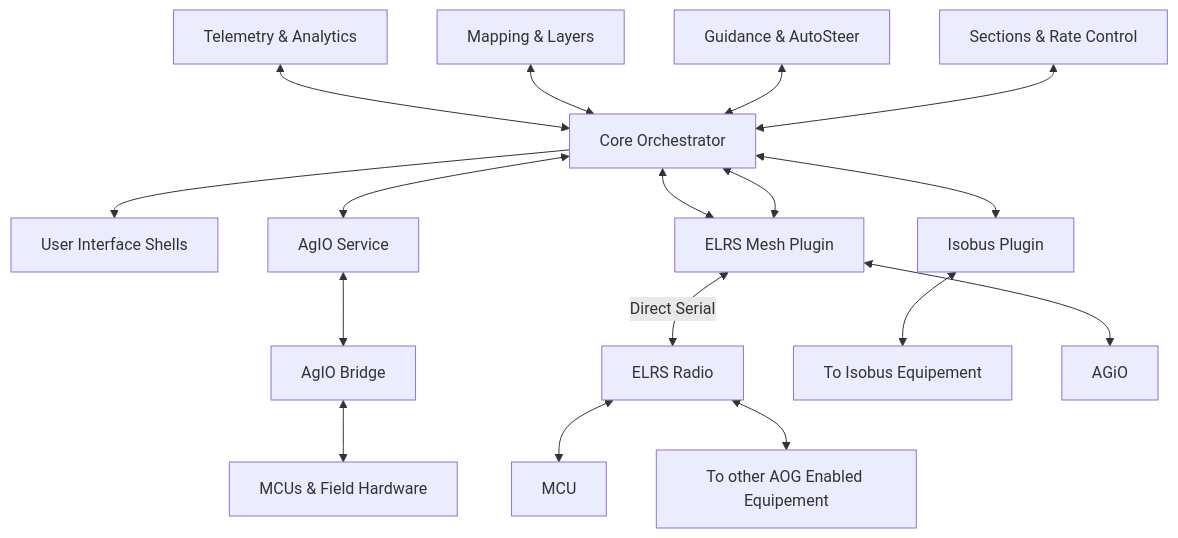
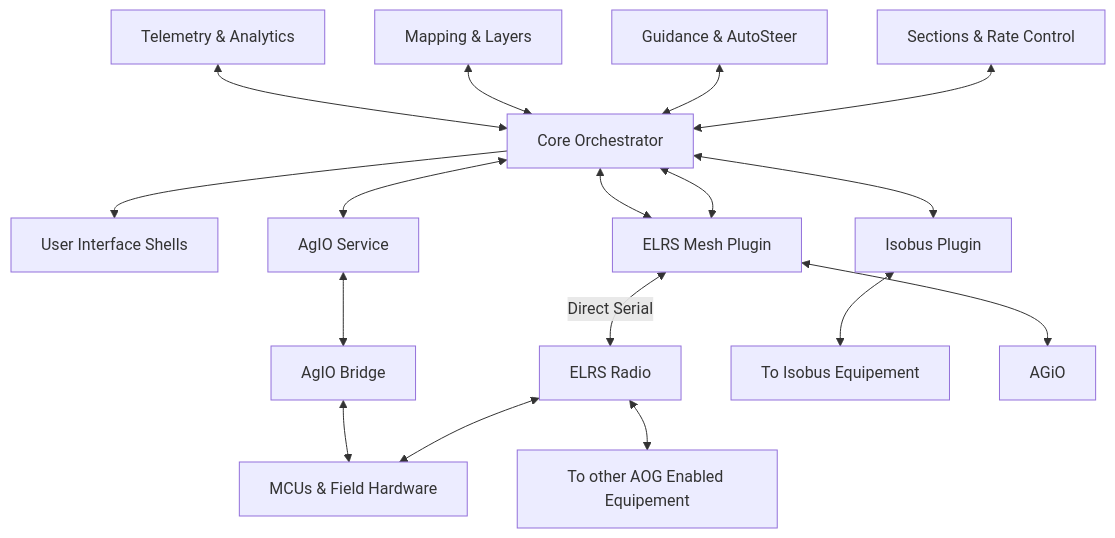
One commit to FortneyMFG/AgOpenGPS-Nexus changed the diagram in README.md. Above: the diagram before and after it, drawn with Mermaid.

Commit message:
Fix typo in README regarding ELRSR and MCU

````diff
--- a/README.md
+++ b/README.md
@@ -15,36 +15,36 @@
 ```mermaid
 flowchart TD
     Core[Core Orchestrator]
     UI[User Interface Shells]
     Telemetry[Telemetry & Analytics]
     Mapping[Mapping & Layers]
     Guidance[Guidance & AutoSteer]
     Sections[Sections & Rate Control]
     Bridge[AgIO Bridge]
     AgIO[AgIO Service]
     MCUs[MCUs & Field Hardware]
     ELRS[ELRS Mesh Plugin]
     ELRSR[ELRS Radio]
     EAOG[To other AOG Enabled Equipement]
     ISOBUSP[Isobus Plugin]
     ISOBUS[To Isobus Equipement]
     
 
     Core --> UI
     Telemetry <--> Core
     Mapping <--> Core
     Guidance <--> Core
     Sections <--> Core
     Core <--> AgIO
     AgIO <--> Bridge
     Bridge <--> MCUs
     Core <--> ELRS
     Core <--> ISOBUSP
     ISOBUSP <--> ISOBUS
     Core <--> ELRS
     ELRS <-- Direct Serial --> ELRSR
     ELRS <--> AGiO
-    ELRSR <--> MCU
+    ELRSR <--> MCUs
     ELRSR <--> EAOG
     
 ```
````
